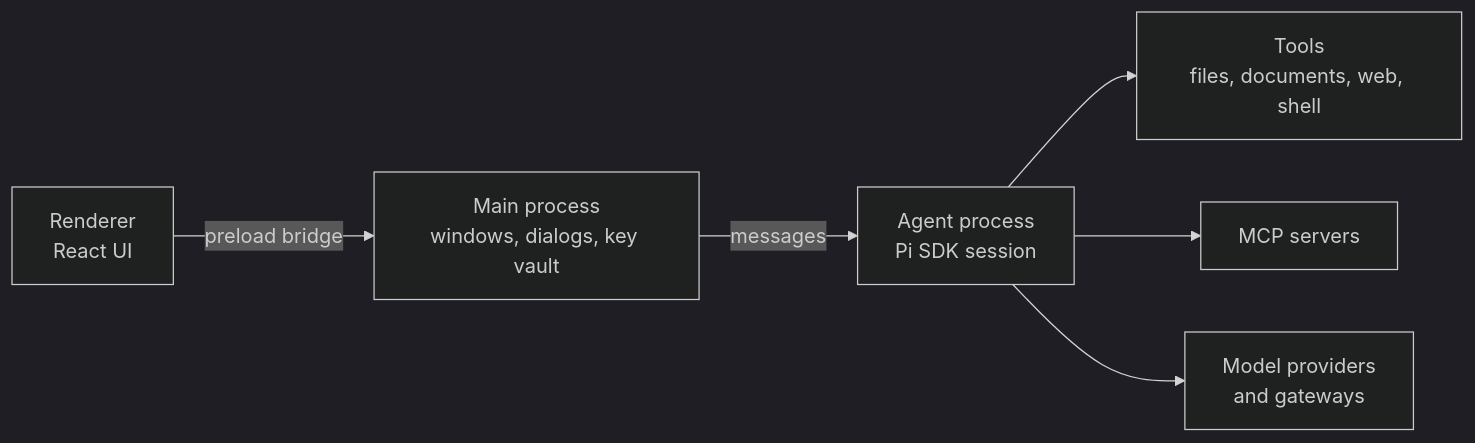
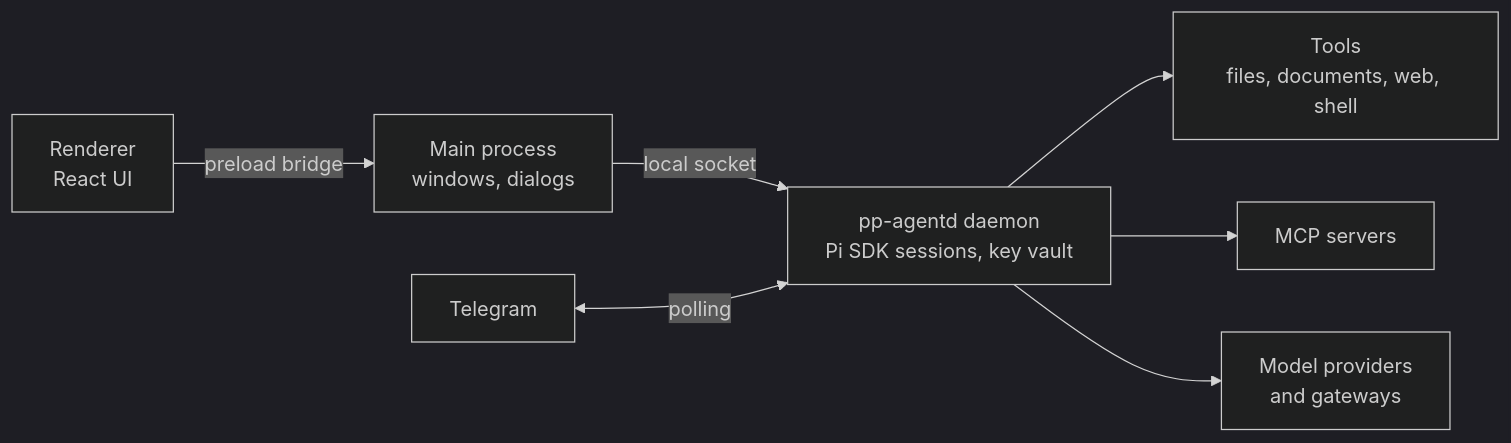
One commit to pp-techs/pp-agent changed the diagram in README.md. Above: the diagram before and after it, drawn with Mermaid (dark theme). The commit also changed other lines of this file and 167 other files, not shown here.

First line of the commit message:
feat(agent): run the agent in a background daemon and add a Telegram channel (#16)

````diff
--- a/README.md
+++ b/README.md
@@ -70,8 +71,9 @@
 ```mermaid
 flowchart LR
-  R[Renderer<br/>React UI] -- "preload bridge" --> M[Main process<br/>windows, dialogs, key vault]
-  M -- messages --> A[Agent process<br/>Pi SDK session]
-  A --> T[Tools<br/>files, documents, web, shell]
-  A --> X[MCP servers]
-  A --> P[Model providers<br/>and gateways]
+  R[Renderer<br/>React UI] -- "preload bridge" --> M[Main process<br/>windows, dialogs]
+  M -- "local socket" --> D[pp-agentd daemon<br/>Pi SDK sessions, key vault]
+  TG[Telegram] <-- "polling" --> D
+  D --> T[Tools<br/>files, documents, web, shell]
+  D --> X[MCP servers]
+  D --> P[Model providers<br/>and gateways]
 ```
````
